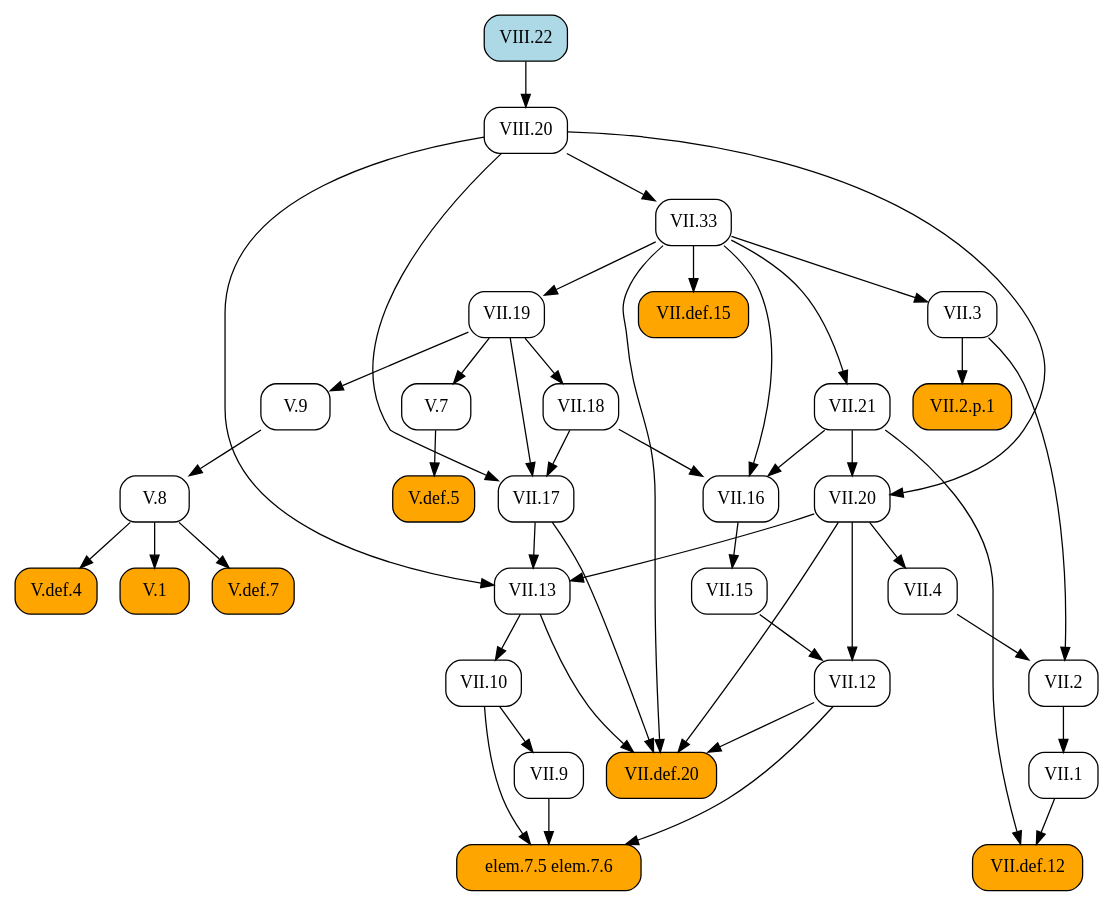
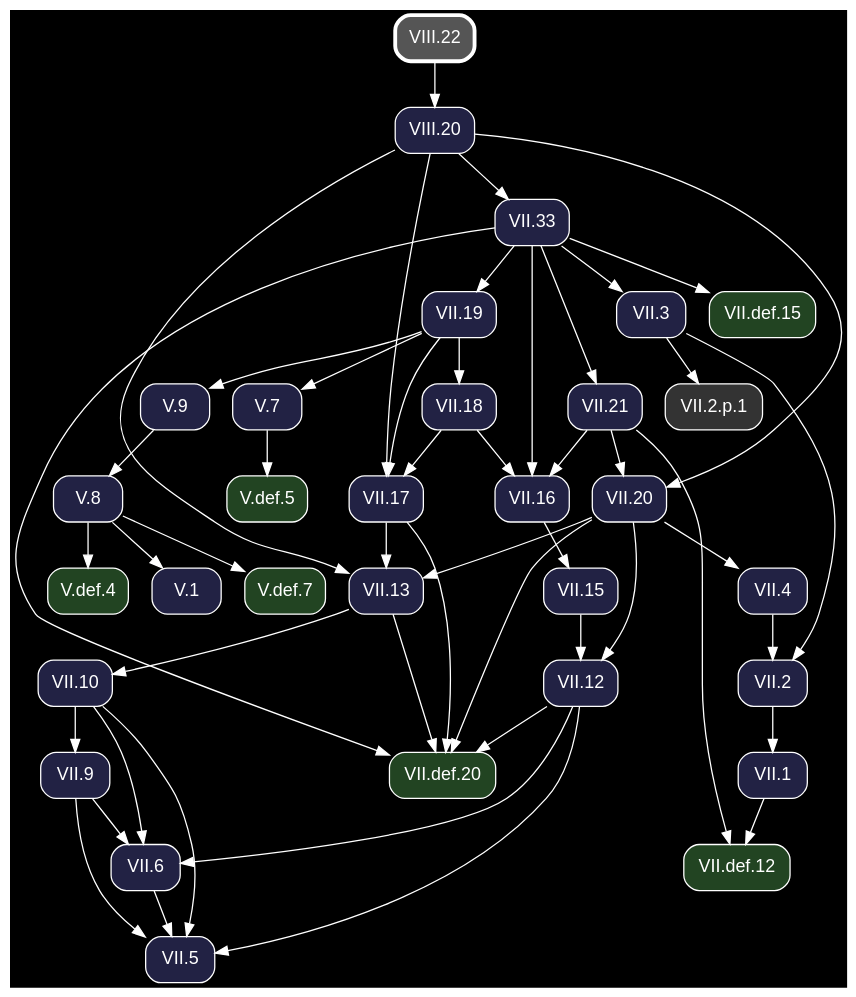
One commit to geometor/elements changed the diagram in docsrc/heath/VIII/22/index.rst. Above: the diagram before and after it, drawn with Graphviz. The commit also changed other lines of this file and 1200 other files, not shown here.

Commit message:
update dependency graphs

```diff
--- a/docsrc/heath/VIII/22/index.rst
+++ b/docsrc/heath/VIII/22/index.rst
@@ -28,81 +28,88 @@
 .. graphviz::
 
    digraph {
+     bgcolor="black";
+     node [shape=box, style="rounded,filled", fontname="Helvetica", color="white", fontcolor="white"];
+     edge [color="white", fontcolor="white"];
      rankdir="TB";
-     node [shape=box, style=rounded];
-     "VII.33" [URL="/heath/VII/33/", target="_top"];
-     "VII.12" [URL="/heath/VII/12/", target="_top"];
-     "elem.7.5 elem.7.6" [style="rounded,filled", fillcolor=orange];
-     "VIII.20" [URL="/heath/VIII/20/", target="_top"];
-     "V.def.7" [style="rounded,filled", fillcolor=orange, URL="/heath/V/def.7/", target="_top"];
-     "VIII.22" [style="rounded,filled", fillcolor=lightblue, URL="/heath/VIII/22/", target="_top"];
-     "VII.9" [URL="/heath/VII/9/", target="_top"];
-     "VII.18" [URL="/heath/VII/18/", target="_top"];
-     "VII.16" [URL="/heath/VII/16/", target="_top"];
-     "V.7" [URL="/heath/V/7/", target="_top"];
-     "VII.21" [URL="/heath/VII/21/", target="_top"];
-     "V.def.5" [style="rounded,filled", fillcolor=orange, URL="/heath/V/def.5/", target="_top"];
-     "V.def.4" [style="rounded,filled", fillcolor=orange, URL="/heath/V/def.4/", target="_top"];
-     "V.9" [URL="/heath/V/9/", target="_top"];
-     "VII.1" [URL="/heath/VII/1/", target="_top"];
-     "VII.10" [URL="/heath/VII/10/", target="_top"];
-     "V.8" [URL="/heath/V/8/", target="_top"];
-     "VII.13" [URL="/heath/VII/13/", target="_top"];
-     "VII.4" [URL="/heath/VII/4/", target="_top"];
-     "VII.2.p.1" [style="rounded,filled", fillcolor=orange];
-     "VII.def.12" [style="rounded,filled", fillcolor=orange, URL="/heath/VII/def.12/", target="_top"];
-     "VII.20" [URL="/heath/VII/20/", target="_top"];
-     "V.1" [style="rounded,filled", fillcolor=orange, URL="/heath/V/1/", target="_top"];
-     "VII.def.15" [style="rounded,filled", fillcolor=orange, URL="/heath/VII/def.15/", target="_top"];
-     "VII.3" [URL="/heath/VII/3/", target="_top"];
-     "VII.17" [URL="/heath/VII/17/", target="_top"];
-     "VII.19" [URL="/heath/VII/19/", target="_top"];
-     "VII.2" [URL="/heath/VII/2/", target="_top"];
-     "VII.def.20" [style="rounded,filled", fillcolor=orange, URL="/heath/VII/def.20/", target="_top"];
-     "VII.15" [URL="/heath/VII/15/", target="_top"];
+     "VII.33" [fillcolor="#222244", URL="/heath/VII/33/", target="_top"];
+     "V.def.5" [fillcolor="#224422", URL="/heath/V/def.5/", target="_top"];
+     "V.def.7" [fillcolor="#224422", URL="/heath/V/def.7/", target="_top"];
+     "VII.20" [fillcolor="#222244", URL="/heath/VII/20/", target="_top"];
+     "VII.18" [fillcolor="#222244", URL="/heath/VII/18/", target="_top"];
+     "VII.2" [fillcolor="#222244", URL="/heath/VII/2/", target="_top"];
+     "V.def.4" [fillcolor="#224422", URL="/heath/V/def.4/", target="_top"];
+     "VII.5" [fillcolor="#222244", URL="/heath/VII/5/", target="_top"];
+     "VII.def.20" [fillcolor="#224422", URL="/heath/VII/def.20/", target="_top"];
+     "VII.def.15" [fillcolor="#224422", URL="/heath/VII/def.15/", target="_top"];
+     "VII.2.p.1" [fillcolor="#333333"];
+     "VII.1" [fillcolor="#222244", URL="/heath/VII/1/", target="_top"];
+     "VII.6" [fillcolor="#222244", URL="/heath/VII/6/", target="_top"];
+     "VII.16" [fillcolor="#222244", URL="/heath/VII/16/", target="_top"];
+     "VII.15" [fillcolor="#222244", URL="/heath/VII/15/", target="_top"];
+     "VII.13" [fillcolor="#222244", URL="/heath/VII/13/", target="_top"];
+     "V.1" [fillcolor="#222244", URL="/heath/V/1/", target="_top"];
+     "VII.10" [fillcolor="#222244", URL="/heath/VII/10/", target="_top"];
+     "VII.4" [fillcolor="#222244", URL="/heath/VII/4/", target="_top"];
+     "VII.def.12" [fillcolor="#224422", URL="/heath/VII/def.12/", target="_top"];
+     "VIII.20" [fillcolor="#222244", URL="/heath/VIII/20/", target="_top"];
+     "VII.19" [fillcolor="#222244", URL="/heath/VII/19/", target="_top"];
+     "V.8" [fillcolor="#222244", URL="/heath/V/8/", target="_top"];
+     "VIII.22" [penwidth=3, color="white", fillcolor="#555555", URL="/heath/VIII/22/", target="_top"];
+     "VII.21" [fillcolor="#222244", URL="/heath/VII/21/", target="_top"];
+     "VII.9" [fillcolor="#222244", URL="/heath/VII/9/", target="_top"];
+     "VII.3" [fillcolor="#222244", URL="/heath/VII/3/", target="_top"];
+     "V.7" [fillcolor="#222244", URL="/heath/V/7/", target="_top"];
+     "VII.12" [fillcolor="#222244", URL="/heath/VII/12/", target="_top"];
+     "V.9" [fillcolor="#222244", URL="/heath/V/9/", target="_top"];
+     "VII.17" [fillcolor="#222244", URL="/heath/VII/17/", target="_top"];
      "VIII.20" -> "VII.33";
-     "VII.15" -> "VII.12";
-     "VII.20" -> "VII.12";
-     "VII.9" -> "elem.7.5 elem.7.6";
-     "VII.10" -> "elem.7.5 elem.7.6";
-     "VII.12" -> "elem.7.5 elem.7.6";
-     "VIII.22" -> "VIII.20";
+     "V.7" -> "V.def.5";
      "V.8" -> "V.def.7";
-     "VII.10" -> "VII.9";
-     "VII.19" -> "VII.18";
-     "VII.18" -> "VII.16";
-     "VII.21" -> "VII.16";
-     "VII.33" -> "VII.16";
-     "VII.19" -> "V.7";
-     "VII.33" -> "VII.21";
-     "V.7" -> "V.def.5";
-     "V.8" -> "V.def.4";
-     "VII.19" -> "V.9";
-     "VII.2" -> "VII.1";
-     "VII.13" -> "VII.10";
-     "V.9" -> "V.8";
-     "VII.17" -> "VII.13";
-     "VII.20" -> "VII.13";
-     "VIII.20" -> "VII.13";
-     "VII.20" -> "VII.4";
-     "VII.3" -> "VII.2.p.1";
-     "VII.1" -> "VII.def.12";
-     "VII.21" -> "VII.def.12";
      "VII.21" -> "VII.20";
      "VIII.20" -> "VII.20";
-     "V.8" -> "V.1";
-     "VII.33" -> "VII.def.15";
-     "VII.33" -> "VII.3";
-     "VII.18" -> "VII.17";
-     "VII.19" -> "VII.17";
-     "VIII.20" -> "VII.17";
-     "VII.33" -> "VII.19";
+     "VII.19" -> "VII.18";
      "VII.3" -> "VII.2";
      "VII.4" -> "VII.2";
+     "V.8" -> "V.def.4";
+     "VII.6" -> "VII.5";
+     "VII.9" -> "VII.5";
+     "VII.10" -> "VII.5";
+     "VII.12" -> "VII.5";
      "VII.12" -> "VII.def.20";
      "VII.13" -> "VII.def.20";
      "VII.17" -> "VII.def.20";
      "VII.20" -> "VII.def.20";
      "VII.33" -> "VII.def.20";
+     "VII.33" -> "VII.def.15";
+     "VII.3" -> "VII.2.p.1";
+     "VII.2" -> "VII.1";
+     "VII.9" -> "VII.6";
+     "VII.10" -> "VII.6";
+     "VII.12" -> "VII.6";
+     "VII.18" -> "VII.16";
+     "VII.21" -> "VII.16";
+     "VII.33" -> "VII.16";
      "VII.16" -> "VII.15";
+     "VII.17" -> "VII.13";
+     "VII.20" -> "VII.13";
+     "VIII.20" -> "VII.13";
+     "V.8" -> "V.1";
+     "VII.13" -> "VII.10";
+     "VII.20" -> "VII.4";
+     "VII.1" -> "VII.def.12";
+     "VII.21" -> "VII.def.12";
+     "VIII.22" -> "VIII.20";
+     "VII.33" -> "VII.19";
+     "V.9" -> "V.8";
+     "VII.33" -> "VII.21";
+     "VII.10" -> "VII.9";
+     "VII.33" -> "VII.3";
+     "VII.19" -> "V.7";
+     "VII.15" -> "VII.12";
+     "VII.20" -> "VII.12";
+     "VII.19" -> "V.9";
+     "VII.18" -> "VII.17";
+     "VII.19" -> "VII.17";
+     "VIII.20" -> "VII.17";
    }
```
